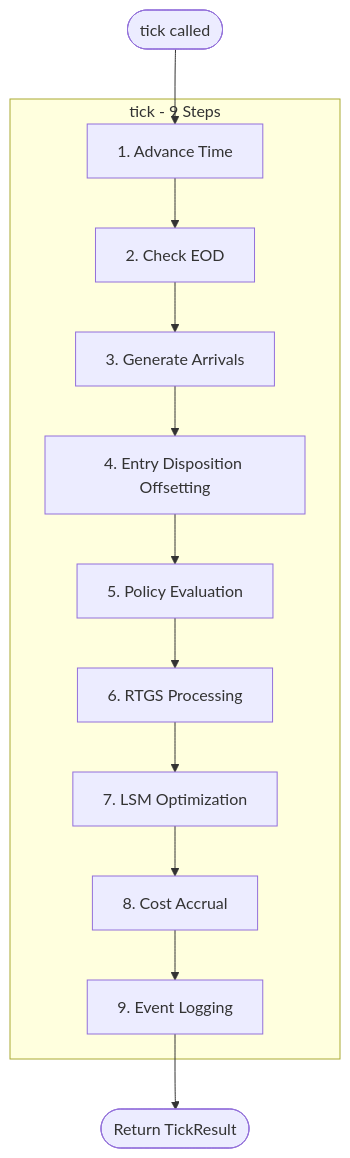
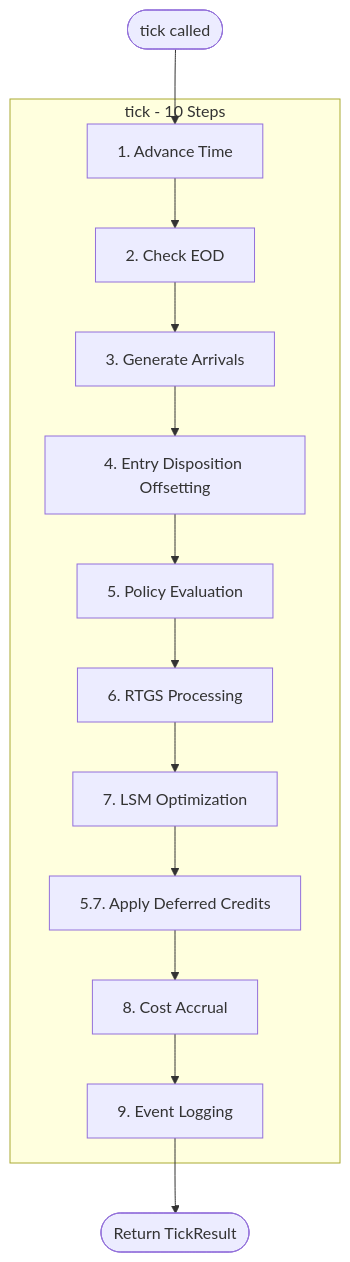
One commit to aerugo/SimCash changed the first of 12 diagrams in docs/reference/architecture/11-tick-loop-anatomy.md. Above: the diagram before and after it, drawn with Mermaid. The commit also changed other lines of this file and 5 other files, not shown here.

````diff
--- a/docs/reference/architecture/11-tick-loop-anatomy.md
+++ b/docs/reference/architecture/11-tick-loop-anatomy.md
@@ -16,25 +16,27 @@
 ```mermaid
 flowchart TB
-    subgraph TickLoop["tick - 9 Steps"]
+    subgraph TickLoop["tick - 10 Steps"]
         S1["1. Advance Time"]
         S2["2. Check EOD"]
         S3["3. Generate Arrivals"]
         S4["4. Entry Disposition Offsetting"]
         S5["5. Policy Evaluation"]
         S6["6. RTGS Processing"]
         S7["7. LSM Optimization"]
+        S5_7["5.7. Apply Deferred Credits"]
         S8["8. Cost Accrual"]
         S9["9. Event Logging"]
     end
 
     Start(["tick called"]) --> S1
     S1 --> S2
     S2 --> S3
     S3 --> S4
     S4 --> S5
     S5 --> S6
     S6 --> S7
-    S7 --> S8
+    S7 --> S5_7
+    S5_7 --> S8
     S8 --> S9
     S9 --> Return(["Return TickResult"])
 ```
````
